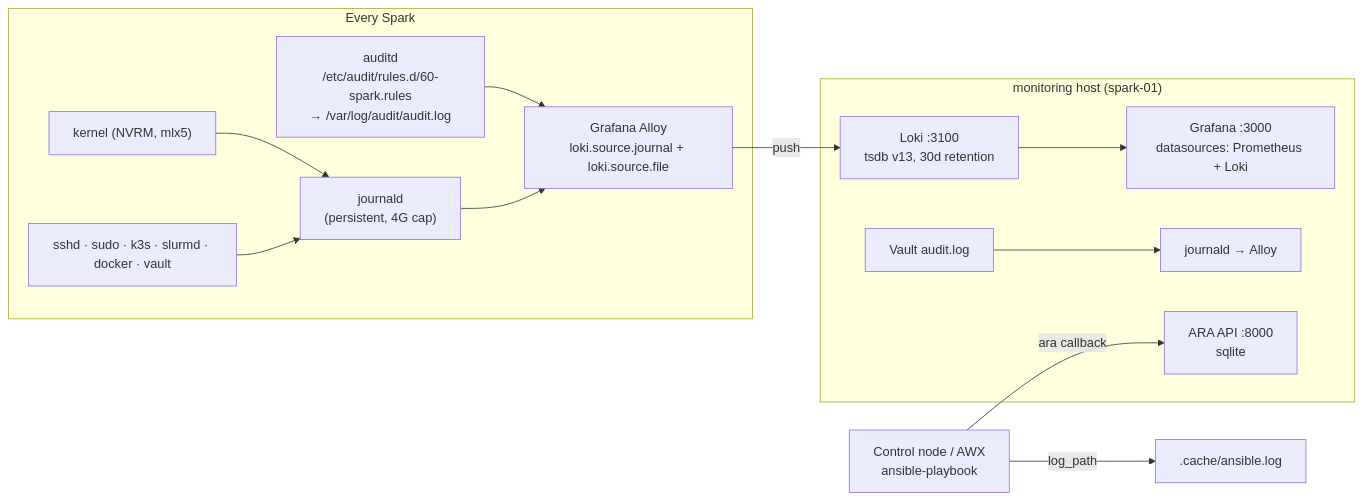
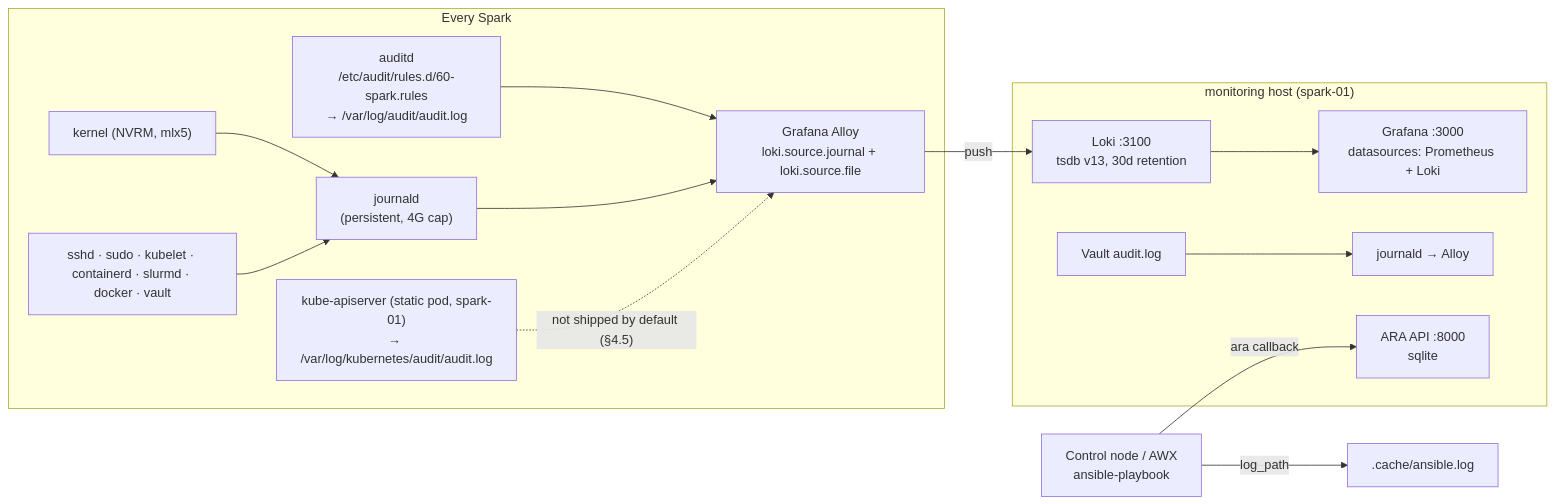
Before and after one commit to cloudone365/technical-depth: the diagram in 01 Ansible/23-high-cardinality-logging-and-audit-compliance.md, drawn with Mermaid. The commit also changed other lines of this file and 53 other files, not shown here.

````diff
--- a/01 Ansible/23-high-cardinality-logging-and-audit-compliance.md
+++ b/01 Ansible/23-high-cardinality-logging-and-audit-compliance.md
@@ -26,19 +28,20 @@
 ```mermaid
 flowchart LR
   subgraph NODES["Every Spark"]
     AU["auditd<br/>/etc/audit/rules.d/60-spark.rules<br/>→ /var/log/audit/audit.log"] --> AL
     K["kernel (NVRM, mlx5)"] --> J
-    SVC["sshd · sudo · k3s · slurmd · docker · vault"] --> J
+    SVC["sshd · sudo · kubelet · containerd · slurmd · docker · vault"] --> J
+    KA["kube-apiserver (static pod, spark-01)<br/>→ /var/log/kubernetes/audit/audit.log"] -.->|"not shipped by default (§4.5)"| AL
     J["journald<br/>(persistent, 4G cap)"] --> AL["Grafana Alloy<br/>loki.source.journal + loki.source.file"]
   end
   subgraph MON["monitoring host (spark-01)"]
     LOKI["Loki :3100<br/>tsdb v13, 30d retention"]
     ARA["ARA API :8000<br/>sqlite"]
     GRAF["Grafana :3000<br/>datasources: Prometheus + Loki"]
     VA["Vault audit.log"] --> J2["journald → Alloy"]
   end
   AL -->|push| LOKI
   CN["Control node / AWX<br/>ansible-playbook"] -->|"ara callback"| ARA
   CN -->|"log_path"| LOG[".cache/ansible.log"]
   LOKI --> GRAF
 ```
````
